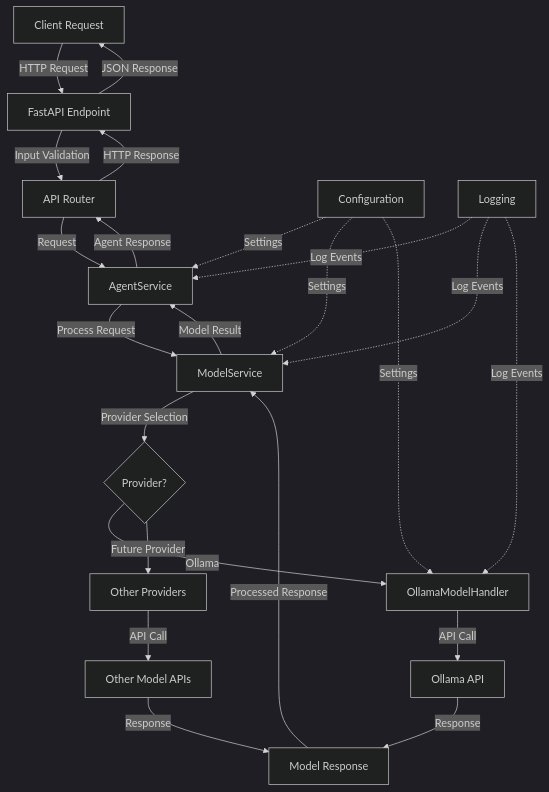
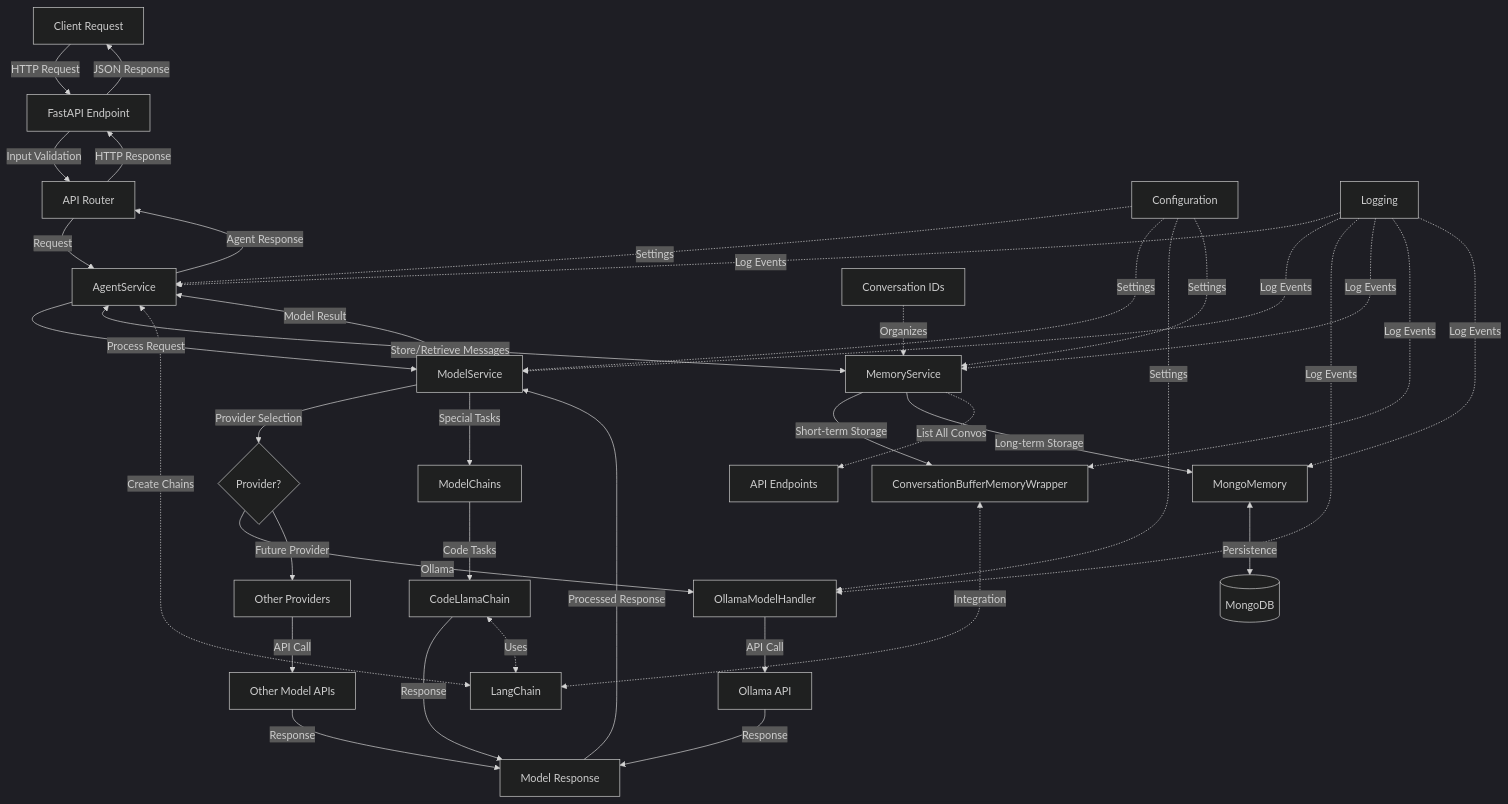
The diagram in README.md (Taja992/AiAgentTemplate), drawn with Mermaid (dark theme) before and after one commit. The commit also changed other lines of this file, not shown here.

````diff
--- a/README.md
+++ b/README.md
@@ -9,37 +9,60 @@
 ```mermaid
 graph TD
     %% API Layer
     A[Client Request] -->|HTTP Request| B[FastAPI Endpoint]
     B -->|Input Validation| C[API Router]
     
     %% Service Layer 
     C -->|Request| D[AgentService]
     D -->|Process Request| E[ModelService]
+    D <-->|Store/Retrieve Messages| N[MemoryService]
+    
+    %% Memory Layer
+    N -->|Short-term Storage| O[ConversationBufferMemoryWrapper]
+    N -->|Long-term Storage| P[MongoMemory]
+    P <-->|Persistence| Q[(MongoDB)]
     
     %% Model Provider Layer
     E -->|Provider Selection| F{Provider?}
     F -->|Ollama| G[OllamaModelHandler]
     F -->|Future Provider| H[Other Providers]
+    E -->|Special Tasks| R[ModelChains]
+    R -->|Code Tasks| S[CodeLlamaChain]
     
     %% Model Interaction
     G -->|API Call| I[Ollama API]
     H -->|API Call| J[Other Model APIs]
     
     %% Response Flow
     I -->|Response| K[Model Response]
     J -->|Response| K
+    S -->|Response| K
     K -->|Processed Response| E
     E -->|Model Result| D
     D -->|Agent Response| C
     C -->|HTTP Response| B
     B -->|JSON Response| A
     
+    %% Memory Integration with LangChain
+    O <-.->|Integration| T[LangChain]
+    D <-.->|Create Chains| T
+    S <-.->|Uses| T
+    
     %% Optional Components
     L[Configuration] -.->|Settings| D
     L -.->|Settings| E
     L -.->|Settings| G
+    L -.->|Settings| N
     
+    %% Logging
     M[Logging] -.->|Log Events| D
     M -.->|Log Events| E
     M -.->|Log Events| G
+    M -.->|Log Events| N
+    M -.->|Log Events| O
+    M -.->|Log Events| P
+    
+    %% Conversation Management
+    U[Conversation IDs] -.->|Organizes| N
+    N -.->|List All Convos| V[API Endpoints]
 ```
````
